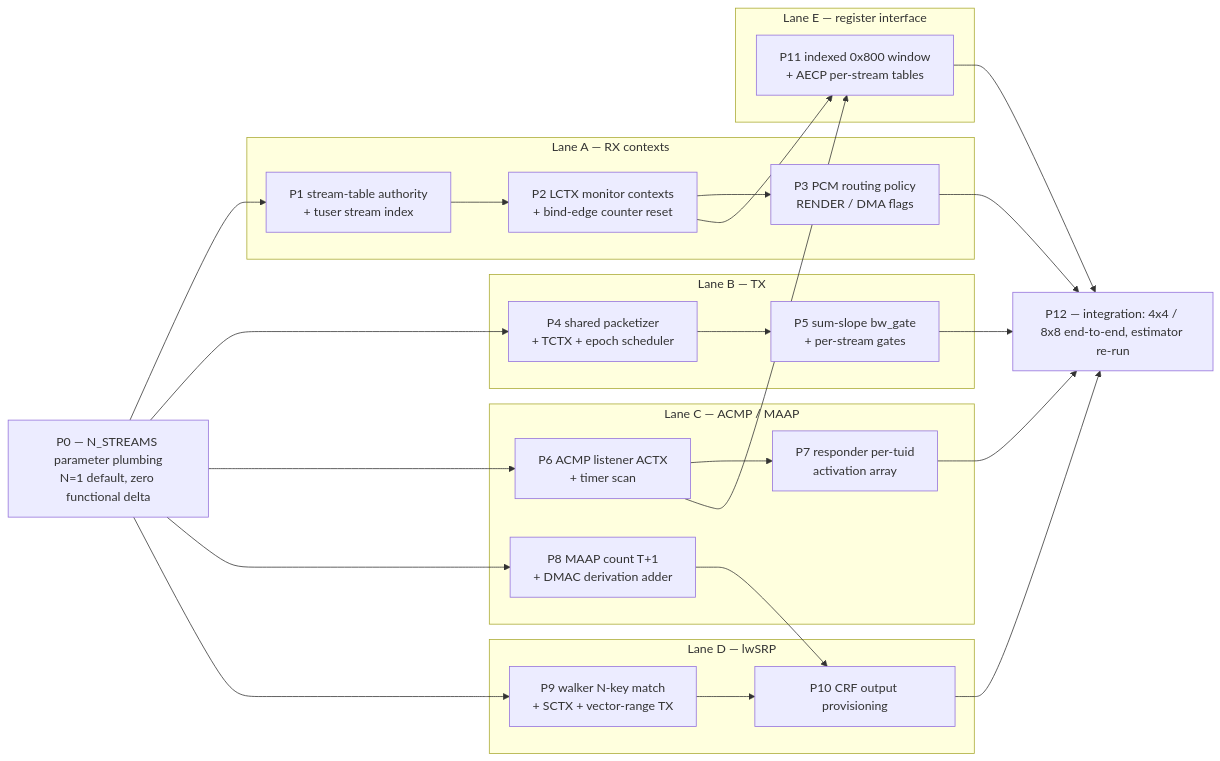
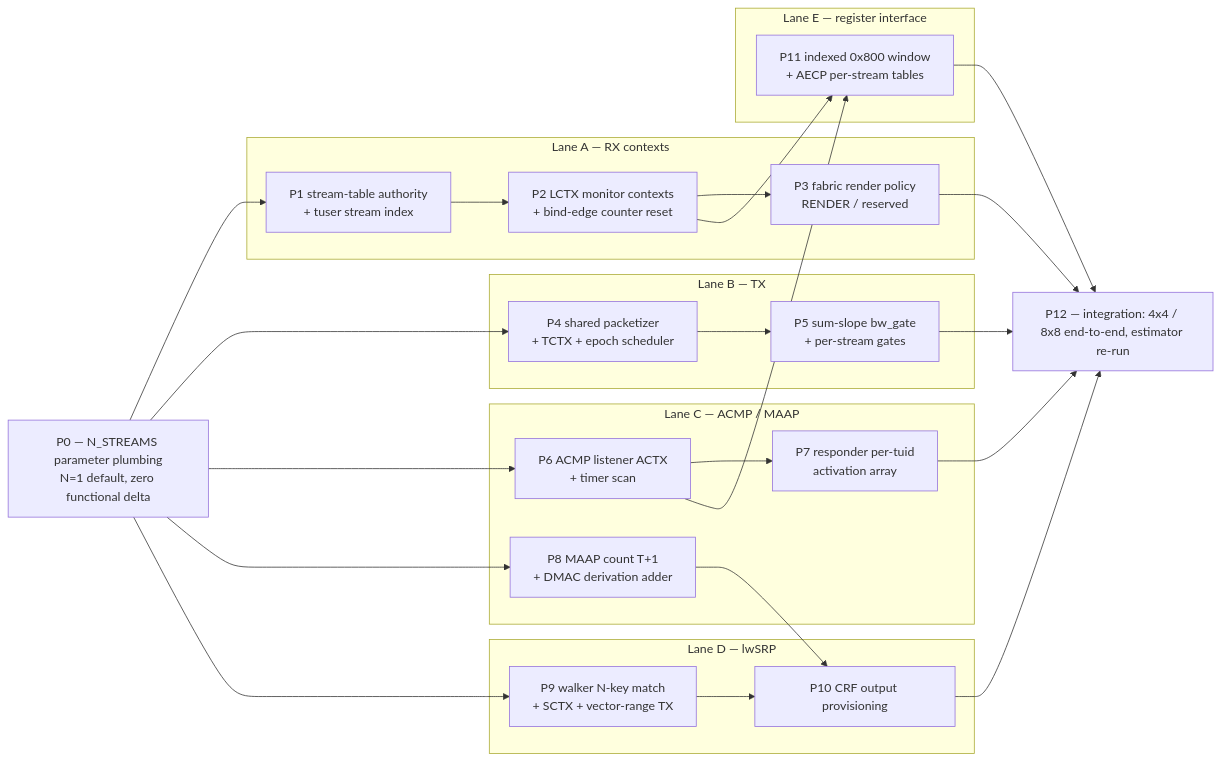
Before and after one commit to kebag-logic/milan-fpga: the third of 4 diagrams in docs/history/v1/NXN_ARCHITECTURE.md, drawn with Mermaid. The commit also changed other lines of this file and 377 other files, not shown here.

````diff
--- a/docs/history/v1/NXN_ARCHITECTURE.md
+++ b/docs/history/v1/NXN_ARCHITECTURE.md
@@ -887,43 +884,43 @@
 ```mermaid
 flowchart LR
     P0["P0 — N_STREAMS parameter plumbing<br/>N=1 default, zero functional delta"]
     subgraph LA["Lane A — RX contexts"]
         P1["P1 stream-table authority<br/>+ tuser stream index"]
         P2["P2 LCTX monitor contexts<br/>+ bind-edge counter reset"]
-        P3["P3 PCM routing policy<br/>RENDER / DMA flags"]
+        P3["P3 fabric render policy<br/>RENDER / reserved"]
         P1 --> P2 --> P3
     end
     subgraph LB["Lane B — TX"]
         P4["P4 shared packetizer<br/>+ TCTX + epoch scheduler"]
         P5["P5 sum-slope bw_gate<br/>+ per-stream gates"]
         P4 --> P5
     end
     subgraph LC["Lane C — ACMP / MAAP"]
         P6["P6 ACMP listener ACTX<br/>+ timer scan"]
         P7["P7 responder per-tuid<br/>activation array"]
         P8["P8 MAAP count T+1<br/>+ DMAC derivation adder"]
         P6 --> P7
     end
     subgraph LD["Lane D — lwSRP"]
         P9["P9 walker N-key match<br/>+ SCTX + vector-range TX"]
         P10["P10 CRF output provisioning"]
         P9 --> P10
     end
     subgraph LE["Lane E — register interface"]
         P11["P11 indexed 0x800 window<br/>+ AECP per-stream tables"]
     end
     P12["P12 — integration: 4x4 / 8x8 end-to-end, estimator re-run"]
     P0 --> P1
     P0 --> P4
     P0 --> P6
     P0 --> P8
     P0 --> P9
     P8 --> P10
     P2 --> P11
     P6 --> P11
     P3 --> P12
     P5 --> P12
     P7 --> P12
     P10 --> P12
     P11 --> P12
 ```
````
